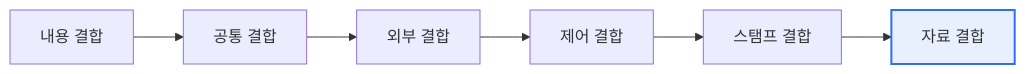
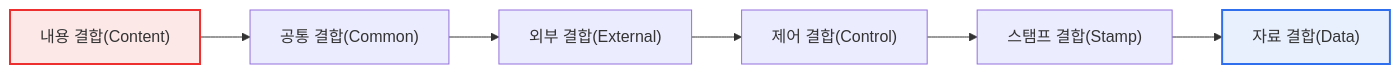
The first of 2 diagrams in content/coupling.md (coninggu/wjdqhrhksflrltnftk), drawn with Mermaid before and after one commit. The commit also changed other lines of this file and 3 other files, not shown here.

````diff
--- a/content/coupling.md
+++ b/content/coupling.md
@@ -15,5 +19,6 @@
 ```mermaid
 flowchart LR
-  A[내용 결합] --> B[공통 결합] --> C[외부 결합] --> D[제어 결합] --> E[스탬프 결합] --> F[자료 결합]
+  A["내용 결합(Content)"] --> B["공통 결합(Common)"] --> C["외부 결합(External)"] --> D["제어 결합(Control)"] --> E["스탬프 결합(Stamp)"] --> F["자료 결합(Data)"]
+  style A fill:#fde8e8,stroke:#ed2f2f,stroke-width:2px
   style F fill:#e8f0fe,stroke:#2f6fed,stroke-width:2px
 ```
````
